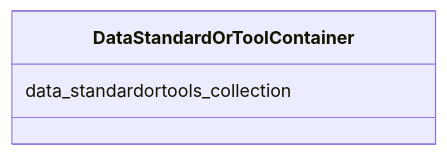
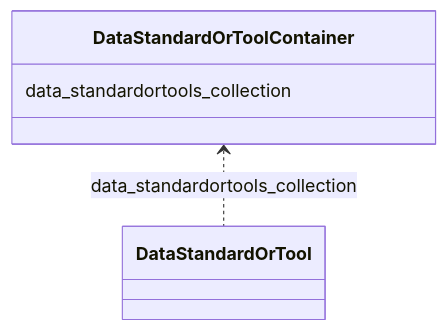
One commit to bridge2ai/standards-schemas changed the diagram in docs/DataStandardOrToolContainer.md. Above: the diagram before and after it, drawn with Mermaid. The commit also changed other lines of this file and 116 other files, not shown here.

````diff
--- a/docs/DataStandardOrToolContainer.md
+++ b/docs/DataStandardOrToolContainer.md
@@ -11,6 +11,7 @@
 ```mermaid
  classDiagram
     class DataStandardOrToolContainer
       DataStandardOrToolContainer : data_standardortools_collection
+        DataStandardOrToolContainer <.. DataStandardOrTool : data_standardortools_collection
       
 ```
````
